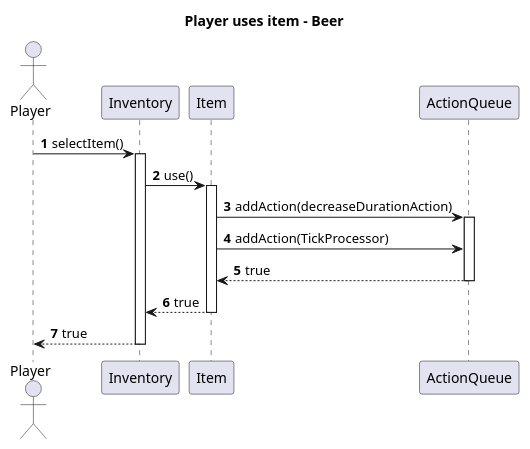
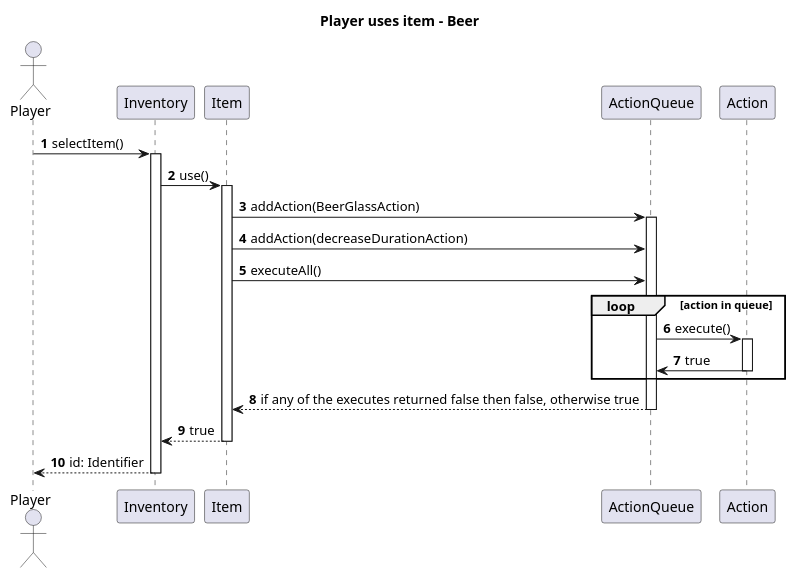
Before and after one commit to MysticMazeEducators/.github: the diagram in resources/sequence_diagrams/item/itemUse/itemUse_beer.puml, drawn with PlantUML. The commit also changed 4 other files, not shown here.

Commit message:
Changes on item usage sequence diagrams

```diff
--- a/resources/sequence_diagrams/item/itemUse/itemUse_beer.puml
+++ b/resources/sequence_diagrams/item/itemUse/itemUse_beer.puml
@@ -1,25 +1,32 @@
 @startuml
 'https://plantuml.com/sequence-diagram
 
 title Player uses item - Beer
 autonumber
 
 Actor Player as p
  participant Inventory as inven
  participant Item as item
  participant ActionQueue as aq
 
  p -> inven: selectItem()
 activate inven
 
 inven -> item: use()
 activate item
 
-item-> aq: addAction(decreaseDurationAction)
+item -> aq: addAction(BeerGlassAction)
 activate aq
-item -> aq: addAction(TickProcessor)
+item -> aq: addAction(decreaseDurationAction)
+item -> aq: executeAll()
+loop action in queue
+    aq -> Action: execute()
+    activate Action
+    Action -> aq: true
+    deactivate Action
+end loop
+return if any of the executes returned false then false, otherwise true
 return true
-return true
-return true
+return id: Identifier
 
 @enduml
```
